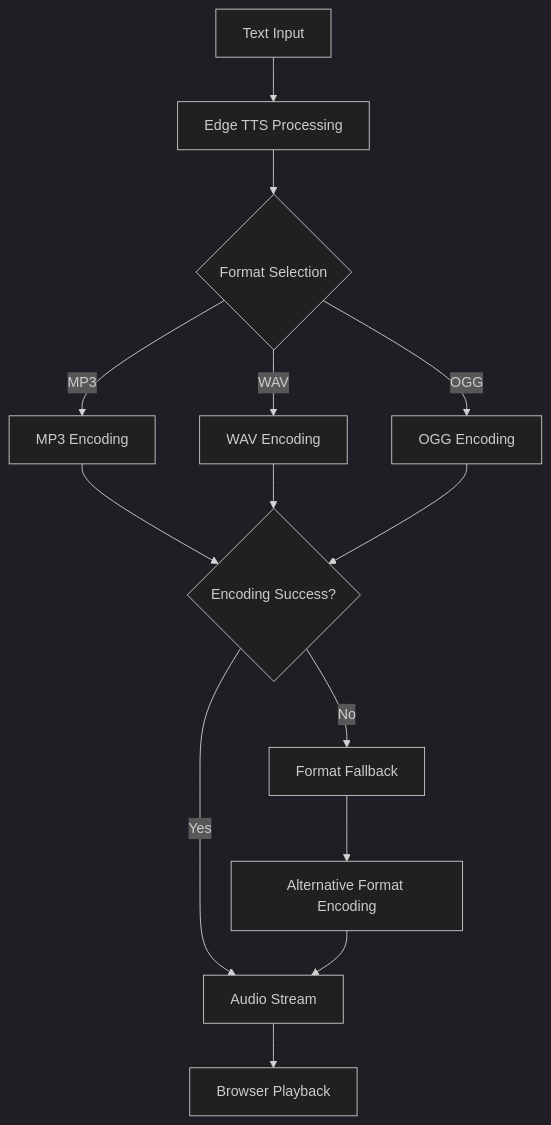
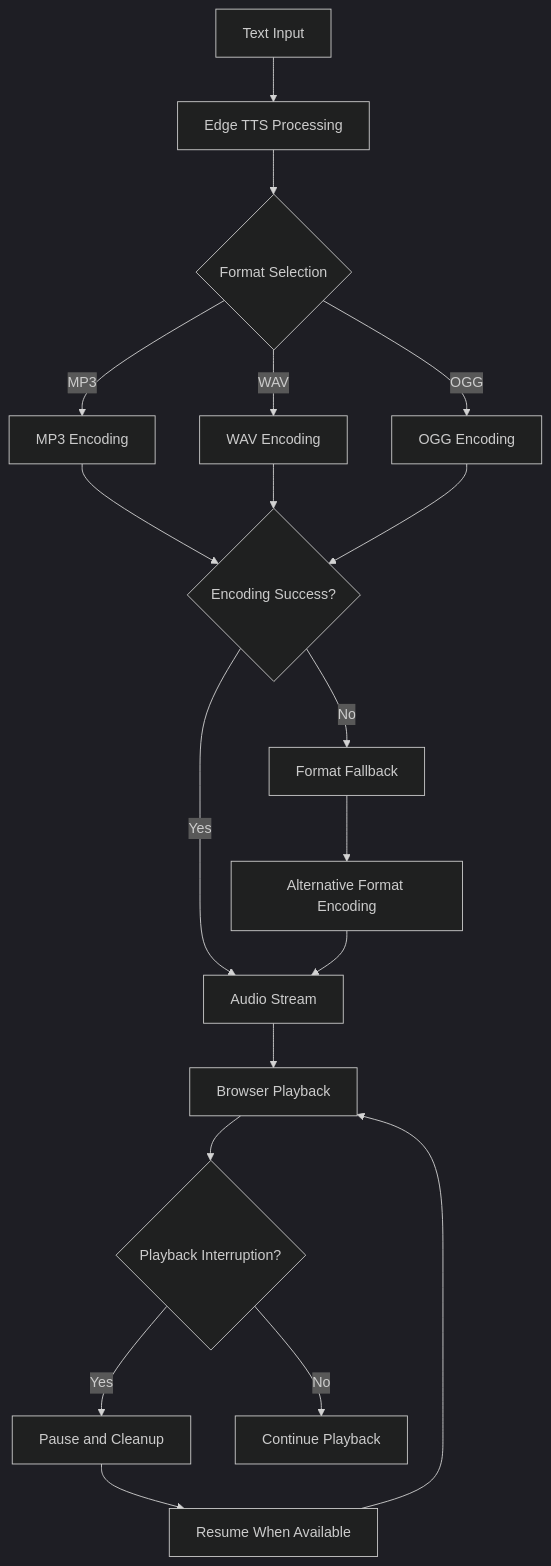
The third of 4 diagrams in .qoder/repowiki/en/content/Core Features/Text-to-Speech Integration.md (zmyeo54/briefroom), drawn with Mermaid (dark theme) before and after one commit. The commit also changed other lines of this file and 13 other files, not shown here.

````diff
--- a/.qoder/repowiki/en/content/Core Features/Text-to-Speech Integration.md
+++ b/.qoder/repowiki/en/content/Core Features/Text-to-Speech Integration.md
@@ -396,16 +532,21 @@
 ```mermaid
 flowchart TD
 A[Text Input] --> B[Edge TTS Processing]
 B --> C{Format Selection}
 C --> |MP3| D[MP3 Encoding]
 C --> |WAV| E[WAV Encoding]
 C --> |OGG| F[OGG Encoding]
 D --> G{Encoding Success?}
 E --> G
 F --> G
 G --> |Yes| H[Audio Stream]
 G --> |No| I[Format Fallback]
 I --> J[Alternative Format Encoding]
 J --> H
 H --> K[Browser Playback]
+K --> L{Playback Interruption?}
+L --> |Yes| M[Pause and Cleanup]
+L --> |No| N[Continue Playback]
+M --> O[Resume When Available]
+O --> K
 ```
````
